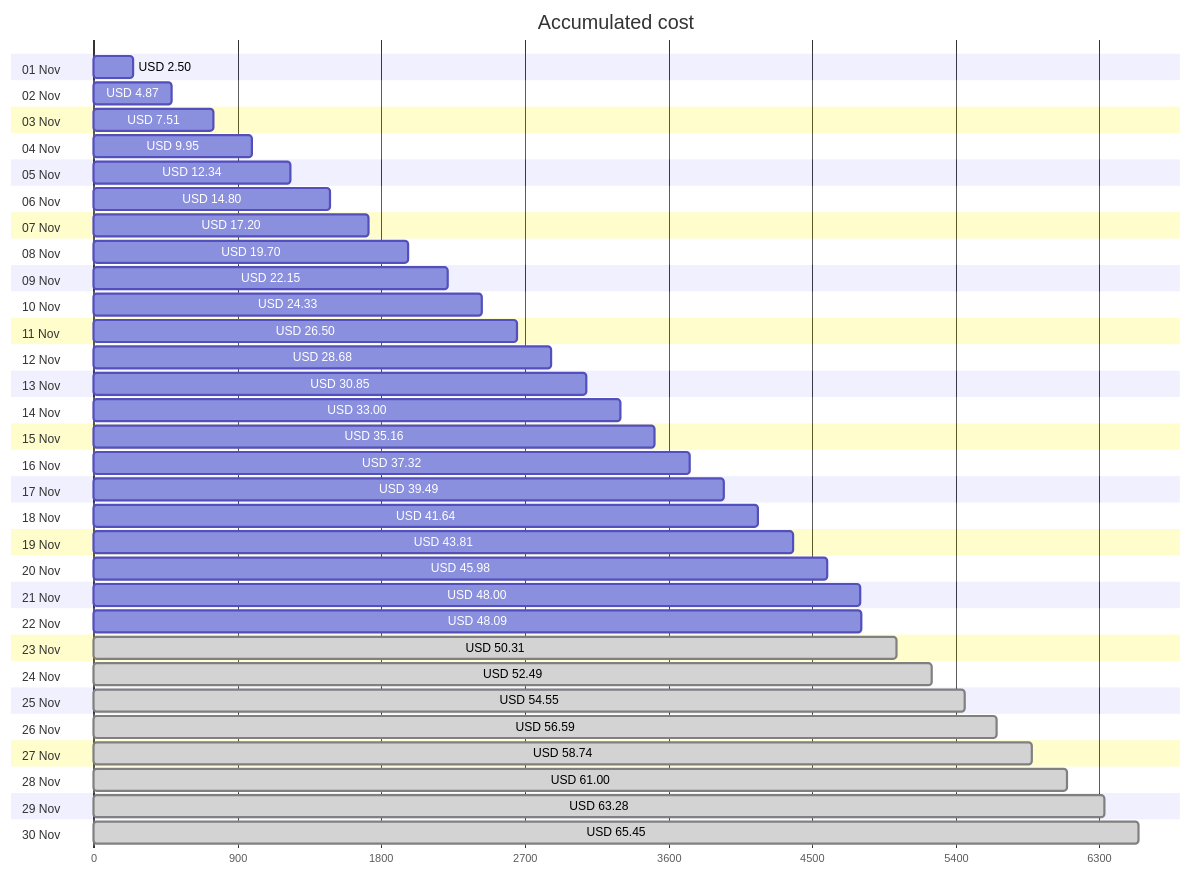
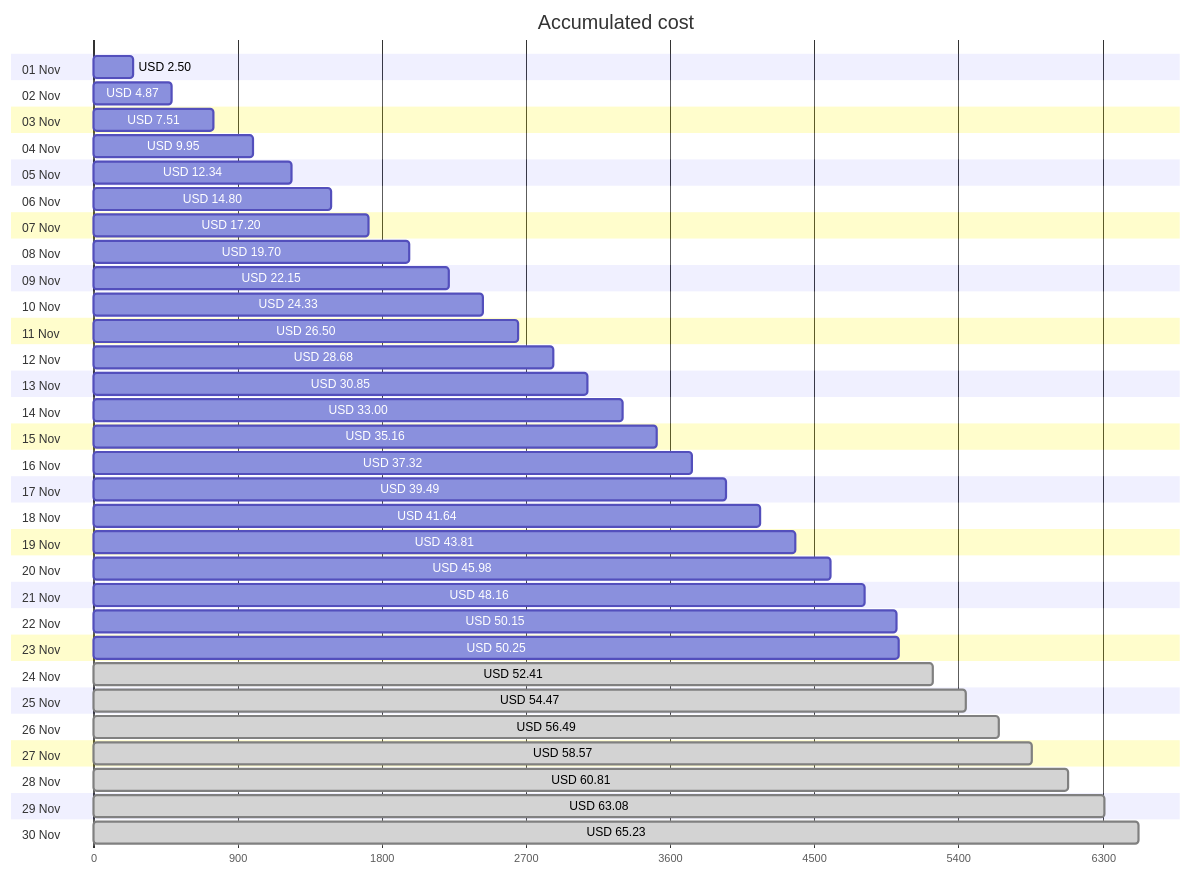
Before and after one commit to jpfulton/azure-personal-reports: the first of 4 diagrams in cost-reports/accumulated-cost.md, drawn with Mermaid. The commit also changed other lines of this file and 4 other files, not shown here.

````diff
--- a/cost-reports/accumulated-cost.md
+++ b/cost-reports/accumulated-cost.md
@@ -20,66 +20,66 @@
 ```mermaid
 gantt
    title Accumulated cost
    dateFormat  X
    axisFormat %s
    section 01 Nov
    USD 2.50 :0, 250
    section 02 Nov
    USD 4.87 :0, 487
    section 03 Nov
    USD 7.51 :0, 751
    section 04 Nov
    USD 9.95 :0, 995
    section 05 Nov
    USD 12.34 :0, 1234
    section 06 Nov
    USD 14.80 :0, 1480
    section 07 Nov
    USD 17.20 :0, 1720
    section 08 Nov
    USD 19.70 :0, 1970
    section 09 Nov
    USD 22.15 :0, 2215
    section 10 Nov
    USD 24.33 :0, 2433
    section 11 Nov
    USD 26.50 :0, 2650
    section 12 Nov
    USD 28.68 :0, 2868
    section 13 Nov
    USD 30.85 :0, 3085
    section 14 Nov
    USD 33.00 :0, 3300
    section 15 Nov
    USD 35.16 :0, 3516
    section 16 Nov
    USD 37.32 :0, 3732
    section 17 Nov
    USD 39.49 :0, 3949
    section 18 Nov
    USD 41.64 :0, 4164
    section 19 Nov
    USD 43.81 :0, 4381
    section 20 Nov
    USD 45.98 :0, 4598
    section 21 Nov
-   USD 48.00 :0, 4800
+   USD 48.16 :0, 4816
    section 22 Nov
-   USD 48.09 :0, 4809
+   USD 50.15 :0, 5015
    section 23 Nov
-   USD 50.31 : done, 0, 5031
+   USD 50.25 :0, 5025
    section 24 Nov
-   USD 52.49 : done, 0, 5249
+   USD 52.41 : done, 0, 5241
    section 25 Nov
-   USD 54.55 : done, 0, 5455
+   USD 54.47 : done, 0, 5447
    section 26 Nov
-   USD 56.59 : done, 0, 5659
+   USD 56.49 : done, 0, 5649
    section 27 Nov
-   USD 58.74 : done, 0, 5874
+   USD 58.57 : done, 0, 5857
    section 28 Nov
-   USD 61.00 : done, 0, 6100
+   USD 60.81 : done, 0, 6081
    section 29 Nov
-   USD 63.28 : done, 0, 6328
+   USD 63.08 : done, 0, 6308
    section 30 Nov
-   USD 65.45 : done, 0, 6545
+   USD 65.23 : done, 0, 6523
 ```
````
